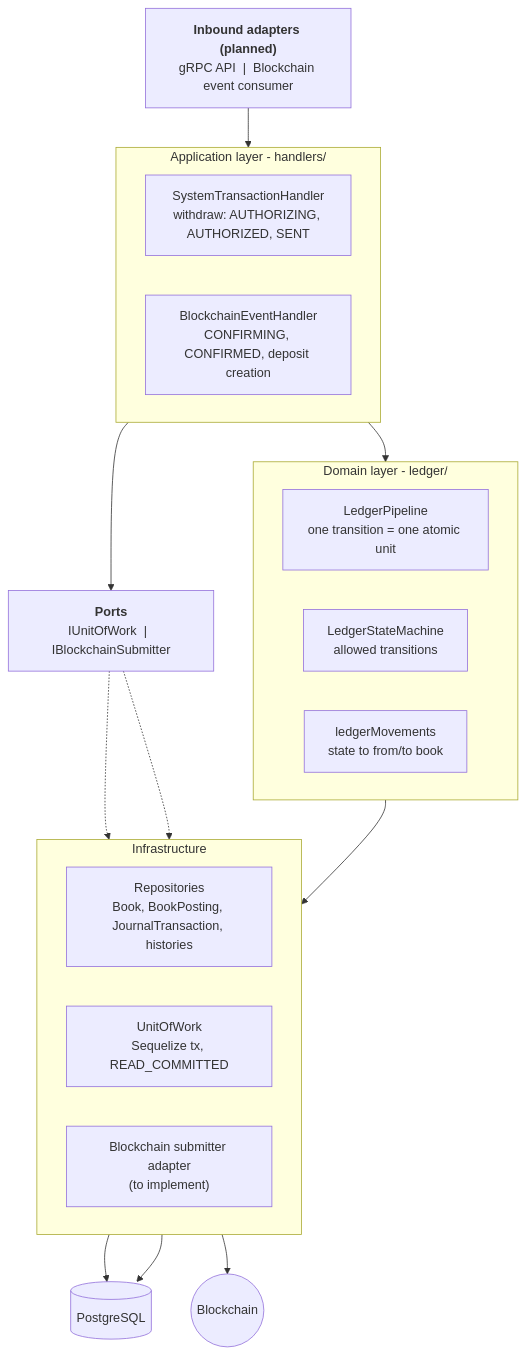
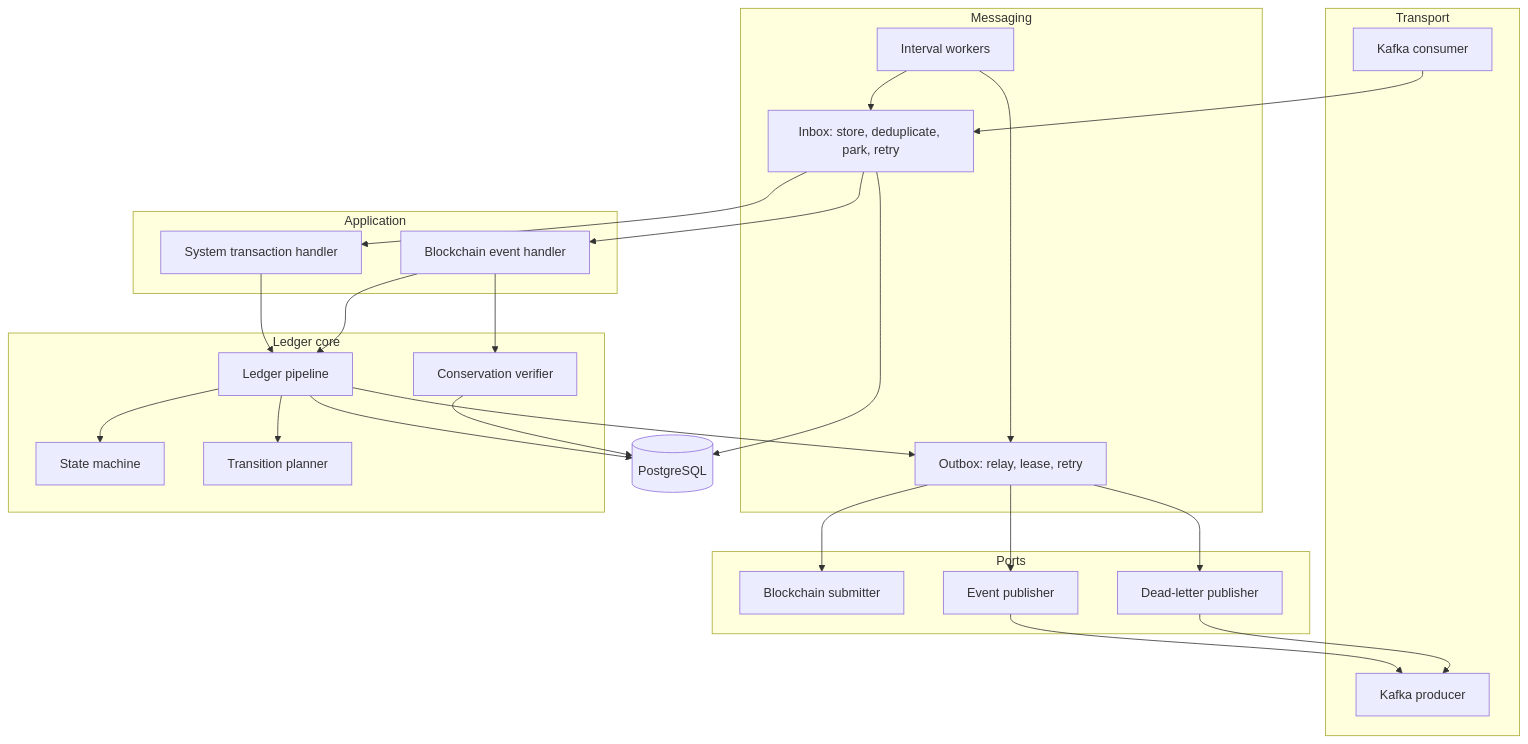
One commit to taiio/book-keeping changed the second of 20 diagrams in README.md. Above: the diagram before and after it, drawn with Mermaid. The commit also changed other lines of this file, not shown here.

````diff
--- a/README.md
+++ b/README.md
@@ -44,39 +39,47 @@
 ```mermaid
 flowchart TB
-    IN["<b>Inbound adapters (planned)</b><br/>gRPC API  |  Blockchain event consumer"]
-
-    subgraph APP["Application layer - handlers/"]
-        direction LR
-        STH["SystemTransactionHandler<br/>withdraw: AUTHORIZING, AUTHORIZED, SENT"]
-        BEH["BlockchainEventHandler<br/>CONFIRMING, CONFIRMED, deposit creation"]
-    end
-
-    subgraph DOM["Domain layer - ledger/"]
-        direction LR
-        LP["LedgerPipeline<br/>one transition = one atomic unit"]
-        SM["LedgerStateMachine<br/>allowed transitions"]
-        LM["ledgerMovements<br/>state to from/to book"]
-    end
-
-    PORTS["<b>Ports</b><br/>IUnitOfWork  |  IBlockchainSubmitter"]
-
-    subgraph INFRA["Infrastructure"]
-        direction LR
-        REPO["Repositories<br/>Book, BookPosting, JournalTransaction, histories"]
-        UOW["UnitOfWork<br/>Sequelize tx, READ_COMMITTED"]
-        SUB["Blockchain submitter adapter<br/>(to implement)"]
-    end
-
-    DB[("PostgreSQL")]
-    CHAIN(("Blockchain"))
-
-    IN --> APP
-    APP --> DOM
-    APP --> PORTS
-    DOM --> REPO
-    PORTS -.-> UOW
-    PORTS -.-> SUB
-    REPO --> DB
-    UOW --> DB
-    SUB --> CHAIN
+  subgraph TRANSPORT["Transport"]
+    CONS["Kafka consumer"]
+    PROD["Kafka producer"]
+  end
+  subgraph MESSAGING["Messaging"]
+    INB["Inbox: store, deduplicate, park, retry"]
+    OUTB["Outbox: relay, lease, retry"]
+    WRK["Interval workers"]
+  end
+  subgraph APP["Application"]
+    HSYS["System transaction handler"]
+    HCHAIN["Blockchain event handler"]
+  end
+  subgraph CORE["Ledger core"]
+    SM["State machine"]
+    PLAN["Transition planner"]
+    PIPE["Ledger pipeline"]
+    VER["Conservation verifier"]
+  end
+  subgraph PORTS["Ports"]
+    SUBP["Blockchain submitter"]
+    PUBP["Event publisher"]
+    DLQP["Dead-letter publisher"]
+  end
+  DB[("PostgreSQL")]
+  CONS --> INB
+  INB --> HSYS
+  INB --> HCHAIN
+  HSYS --> PIPE
+  HCHAIN --> PIPE
+  HCHAIN --> VER
+  PIPE --> SM
+  PIPE --> PLAN
+  PIPE --> DB
+  PIPE --> OUTB
+  VER --> DB
+  INB --> DB
+  WRK --> INB
+  WRK --> OUTB
+  OUTB --> PUBP
+  OUTB --> DLQP
+  OUTB --> SUBP
+  PUBP --> PROD
+  DLQP --> PROD
 ```
````
